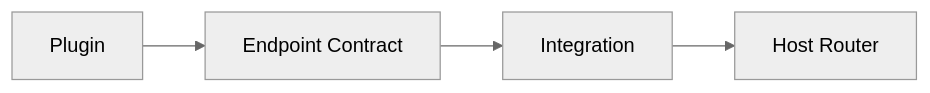
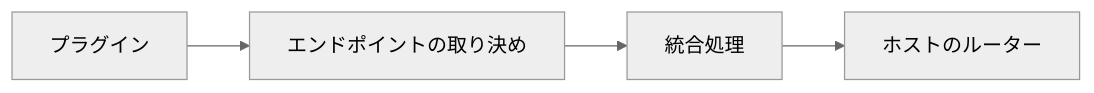
One commit to Rerurate514/riebeckite changed the eighth of 11 diagrams in docs/docs/reference/plugin-api.ja.md. Above: the diagram before and after it, drawn with Mermaid (neutral theme). The commit also changed other lines of this file and 310 other files, not shown here.

````diff
--- a/docs/docs/reference/plugin-api.ja.md
+++ b/docs/docs/reference/plugin-api.ja.md
@@ -665,11 +592,11 @@
 ```mermaid
 flowchart LR
-    Plugin["Plugin"]
-    Contract["Endpoint Contract"]
-    Integration["Integration"]
-    Router["Host Router"]
+    Plugin["プラグイン"]
+    Contract["エンドポイントの取り決め"]
+    Integration["統合処理"]
+    Router["ホストのルーター"]
 
     Plugin --> Contract
     Contract --> Integration
     Integration --> Router
 ```
````
